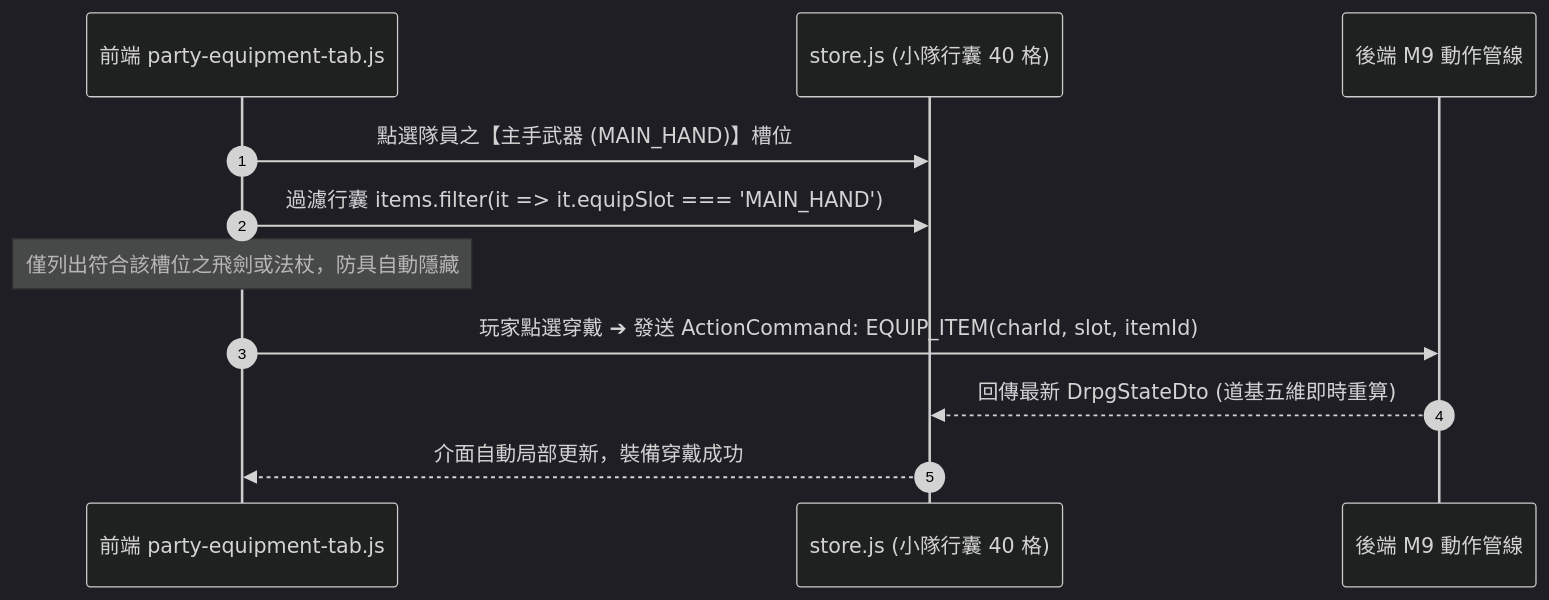
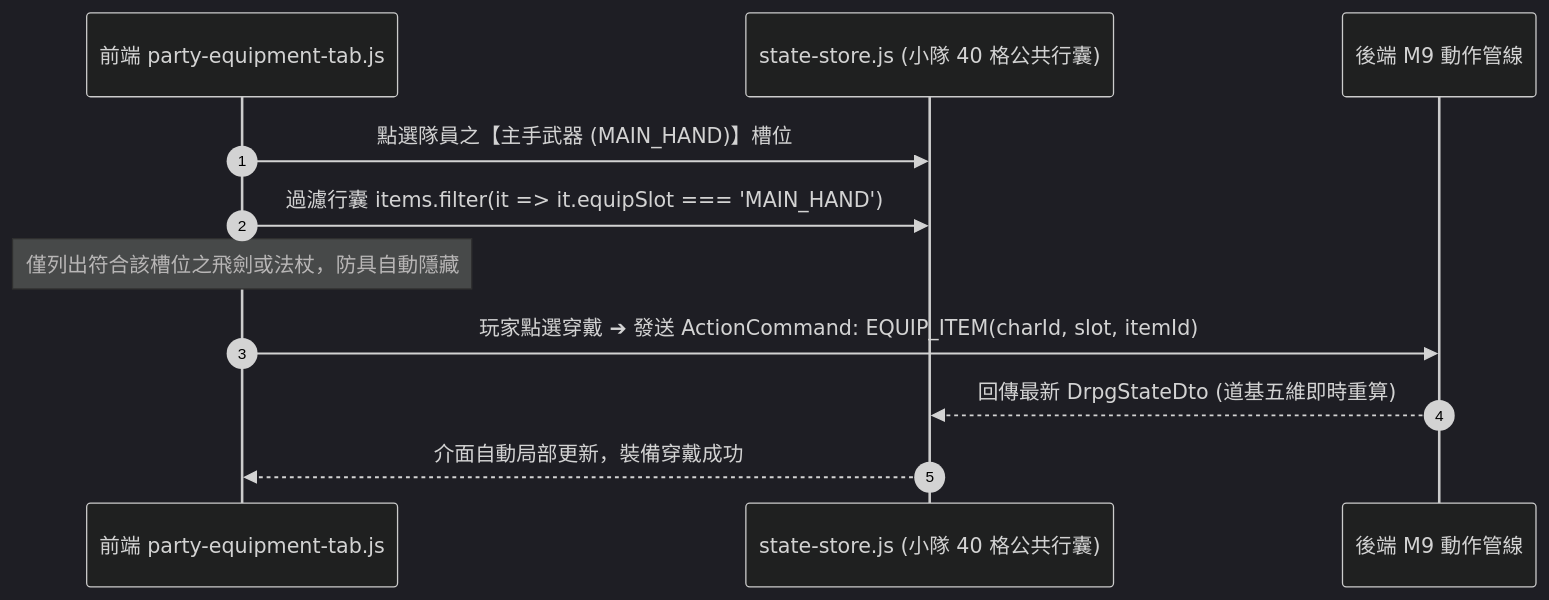
One commit to FTC-johnchien/practice_mud changed the diagram in docs/2_specifications/frontend/FE5_PARTY_EQUIPMENT_AND_MODALS.md. Above: the diagram before and after it, drawn with Mermaid (dark theme). The commit also changed other lines of this file and 74 other files, not shown here.

````diff
--- a/docs/2_specifications/frontend/FE5_PARTY_EQUIPMENT_AND_MODALS.md
+++ b/docs/2_specifications/frontend/FE5_PARTY_EQUIPMENT_AND_MODALS.md
@@ -45,14 +45,14 @@
 ```mermaid
 sequenceDiagram
     autonumber
     participant UI as 前端 party-equipment-tab.js
-    participant Store as store.js (小隊行囊 40 格)
+    participant Store as state-store.js (小隊 40 格公共行囊)
     participant Server as 後端 M9 動作管線
 
     UI->>Store: 點選隊員之【主手武器 (MAIN_HAND)】槽位
     UI->>Store: 過濾行囊 items.filter(it => it.equipSlot === 'MAIN_HAND')
     Note over UI: 僅列出符合該槽位之飛劍或法杖，防具自動隱藏
     UI->>Server: 玩家點選穿戴 ➔ 發送 ActionCommand: EQUIP_ITEM(charId, slot, itemId)
     Server-->>Store: 回傳最新 DrpgStateDto (道基五維即時重算)
     Store-->>UI: 介面自動局部更新，裝備穿戴成功
 ```
````
